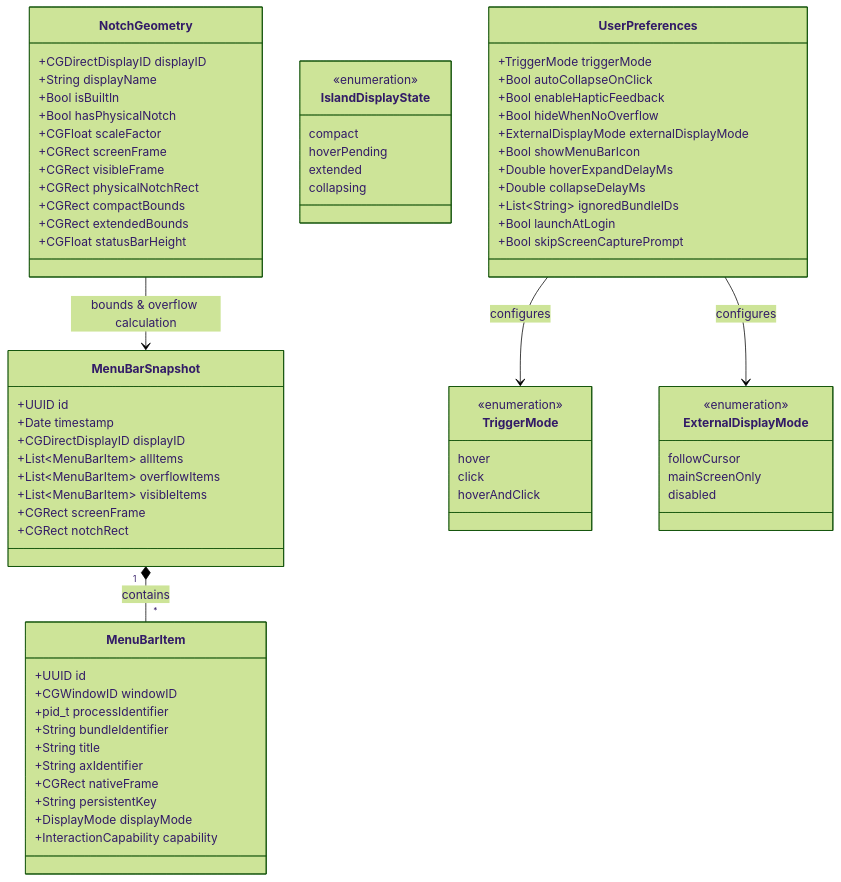
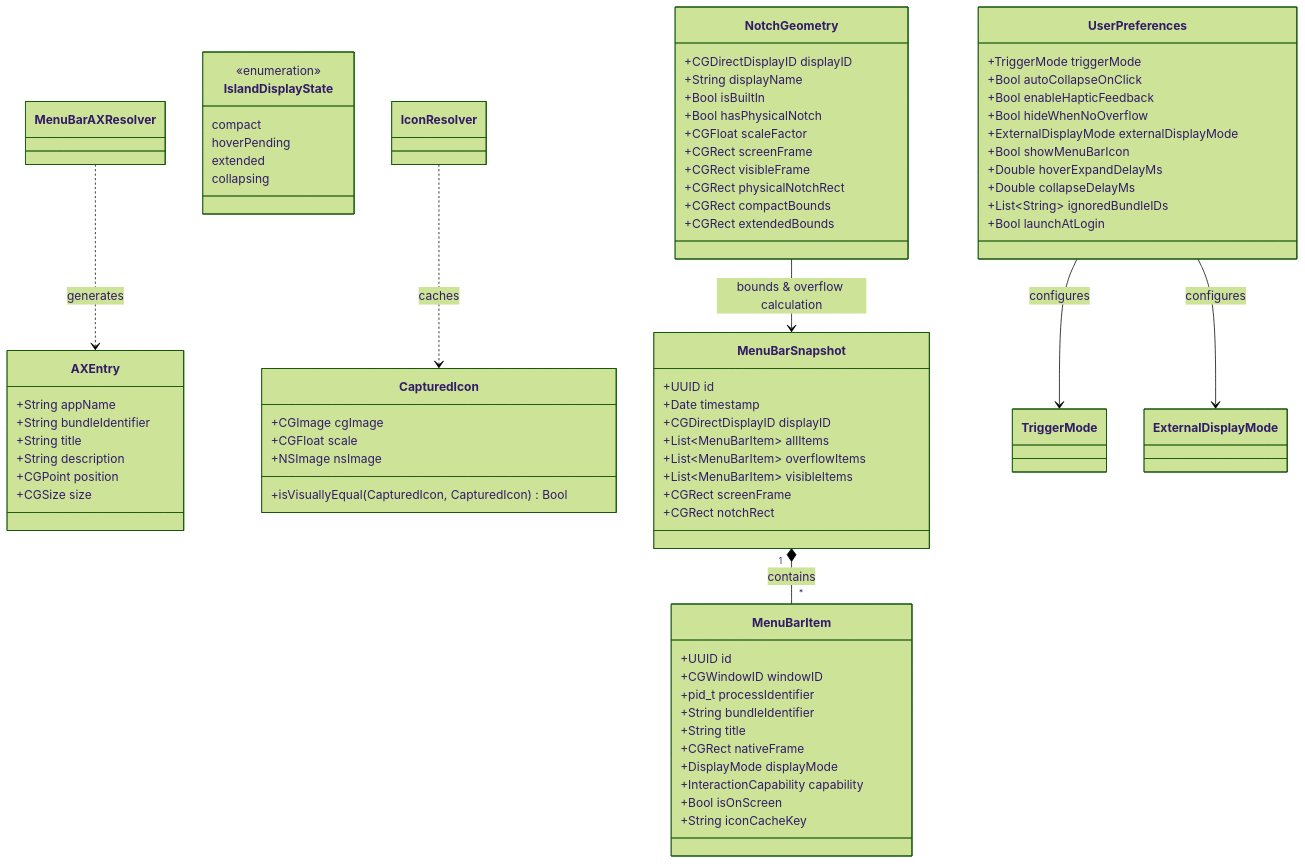
Before and after one commit to AeroSheepZ/NotchRail: the first of 2 diagrams in docs/DOMAIN_MODEL.md, drawn with Mermaid (forest theme). The commit also changed other lines of this file and 2 other files, not shown here.

```diff
--- a/docs/DOMAIN_MODEL.md
+++ b/docs/DOMAIN_MODEL.md
@@ -14,11 +14,27 @@
         +pid_t processIdentifier
         +String bundleIdentifier
         +String title
-        +String axIdentifier
         +CGRect nativeFrame
-        +String persistentKey
         +DisplayMode displayMode
         +InteractionCapability capability
+        +Bool isOnScreen
+        +String iconCacheKey
+    }
+
+    class AXEntry {
+        +String appName
+        +String bundleIdentifier
+        +String title
+        +String description
+        +CGPoint position
+        +CGSize size
+    }
+
+    class CapturedIcon {
+        +CGImage cgImage
+        +CGFloat scale
+        +NSImage nsImage
+        +isVisuallyEqual(CapturedIcon, CapturedIcon) Bool
     }
 
     class MenuBarSnapshot {
@@ -43,7 +59,6 @@
         +CGRect physicalNotchRect
         +CGRect compactBounds
         +CGRect extendedBounds
-        +CGFloat statusBarHeight
     }
 
     class IslandDisplayState {
@@ -52,20 +67,6 @@
         hoverPending
         extended
         collapsing
-    }
-
-    class TriggerMode {
-        <<enumeration>>
-        hover
-        click
-        hoverAndClick
-    }
-
-    class ExternalDisplayMode {
-        <<enumeration>>
-        followCursor
-        mainScreenOnly
-        disabled
     }
 
     class UserPreferences {
@@ -79,10 +80,11 @@
         +Double collapseDelayMs
         +List~String~ ignoredBundleIDs
         +Bool launchAtLogin
-        +Bool skipScreenCapturePrompt
     }
 
     MenuBarSnapshot "1" *-- "*" MenuBarItem : contains
+    MenuBarAXResolver ..> AXEntry : generates
+    IconResolver ..> CapturedIcon : caches
     NotchGeometry --> MenuBarSnapshot : bounds & overflow calculation
     UserPreferences --> TriggerMode : configures
     UserPreferences --> ExternalDisplayMode : configures
```
